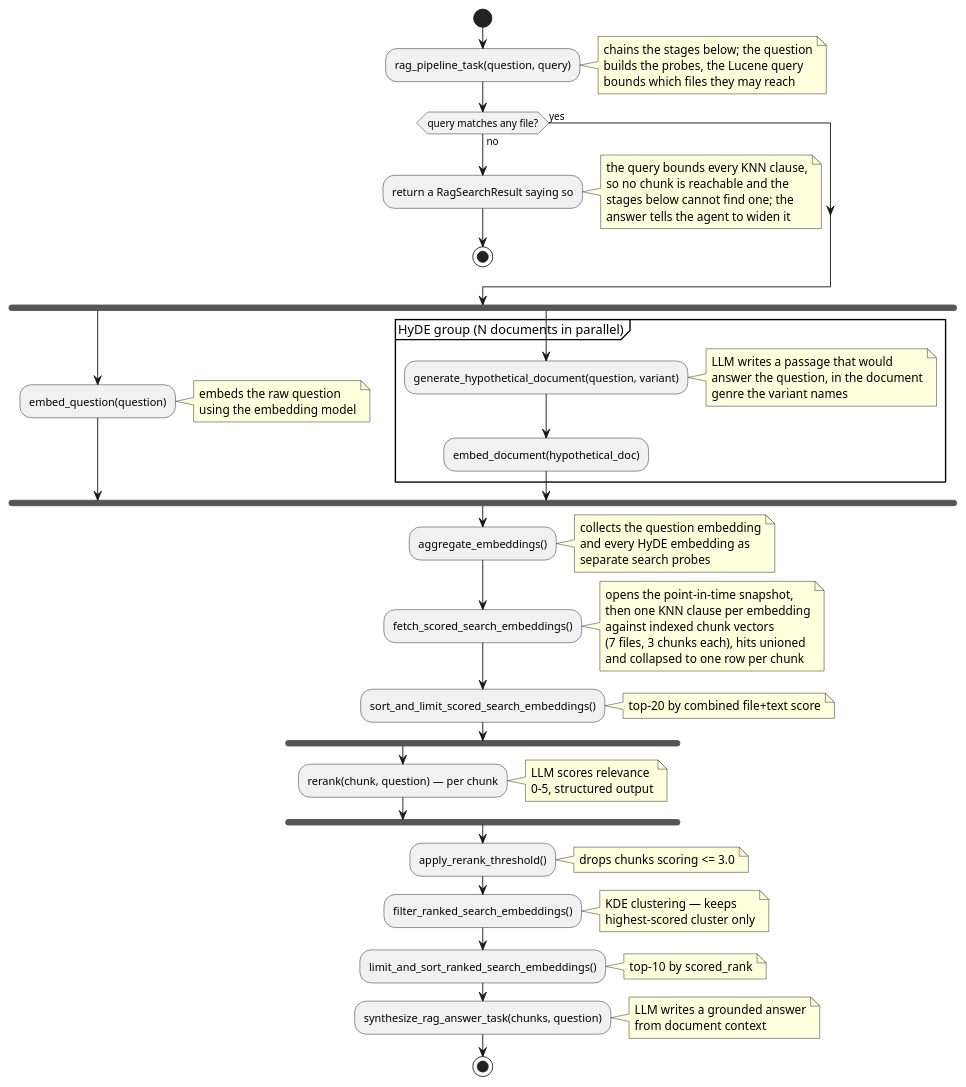
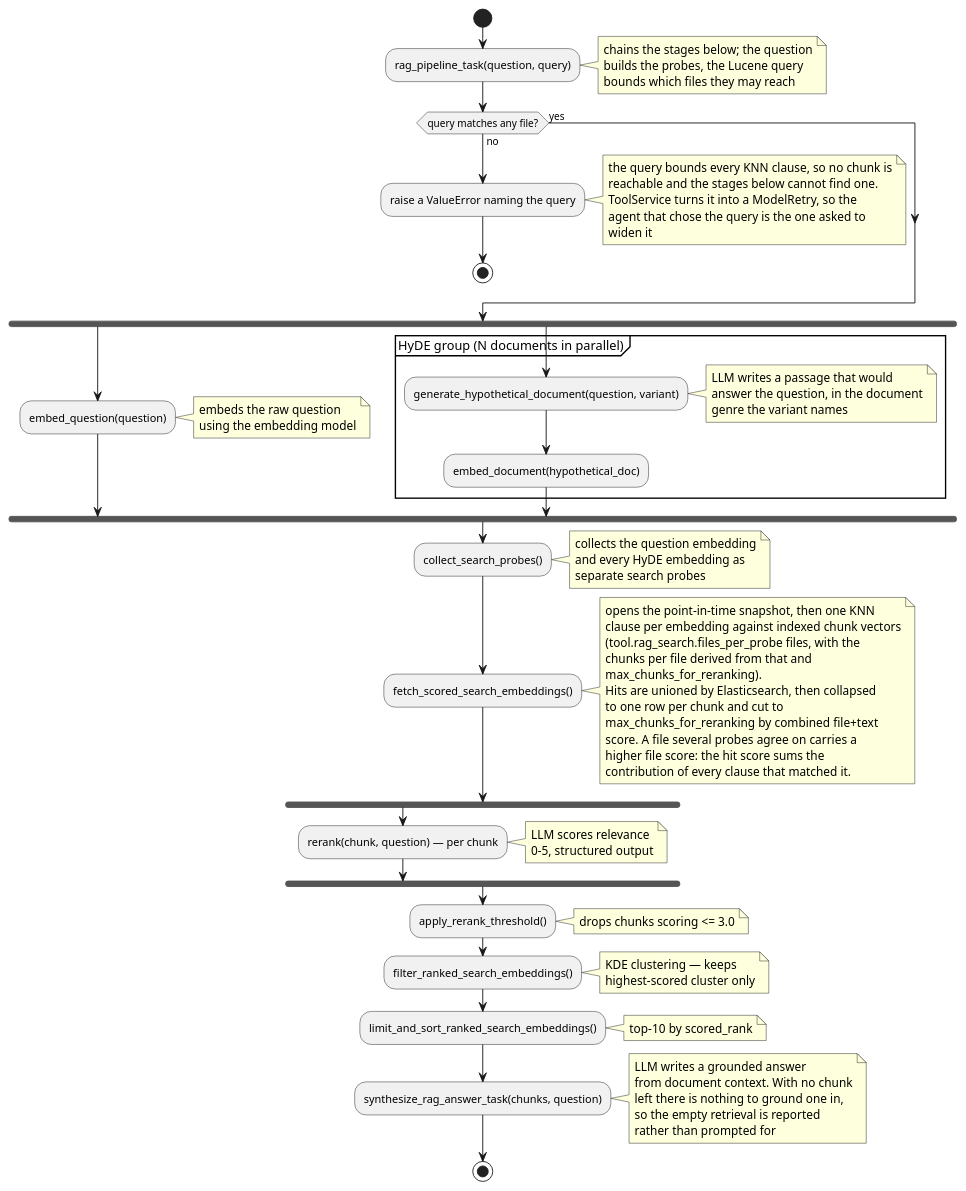
The fourth of 4 diagrams in Documentation/ai.md (Swiss-Armed-Forces/Loom), drawn with PlantUML before and after one commit. The commit also changed other lines of this file and 12 other files, not shown here.

First line of the commit message:
fix(worker): track kNN scores so the RAG dedup keeps the best chunk

````diff
--- a/Documentation/ai.md
+++ b/Documentation/ai.md
@@ -771,54 +779,69 @@
 ```plantuml
 @startuml
 start
 
 :rag_pipeline_task(question, query);
 note right: chains the stages below; the question\nbuilds the probes, the Lucene query\nbounds which files they may reach
 
 if (query matches any file?) then (no)
-  :return a RagSearchResult saying so;
-  note right: the query bounds every KNN clause,\nso no chunk is reachable and the\nstages below cannot find one; the\nanswer tells the agent to widen it
+  :raise a ValueError naming the query;
+  note right
+    the query bounds every KNN clause, so no chunk is
+    reachable and the stages below cannot find one.
+    ToolService turns it into a ModelRetry, so the
+    agent that chose the query is the one asked to
+    widen it
+  end note
   stop
 else (yes)
 endif
 
 fork
   :embed_question(question);
   note right: embeds the raw question\nusing the embedding model
 fork again
   group HyDE group (N documents in parallel) {
     :generate_hypothetical_document(question, variant);
     note right: LLM writes a passage that would\nanswer the question, in the document\ngenre the variant names
     :embed_document(hypothetical_doc);
   }
 end fork
 
-:aggregate_embeddings();
+:collect_search_probes();
 note right: collects the question embedding\nand every HyDE embedding as\nseparate search probes
 
 :fetch_scored_search_embeddings();
-note right: opens the point-in-time snapshot,\nthen one KNN clause per embedding\nagainst indexed chunk vectors\n(7 files, 3 chunks each), hits unioned\nand collapsed to one row per chunk
-
-:sort_and_limit_scored_search_embeddings();
-note right: top-20 by combined file+text score
+note right
+  opens the point-in-time snapshot, then one KNN
+  clause per embedding against indexed chunk vectors
+  (tool.rag_search.files_per_probe files, with the
+  chunks per file derived from that and
+  max_chunks_for_reranking).
+  Hits are unioned by Elasticsearch, then collapsed
+  to one row per chunk and cut to
+  max_chunks_for_reranking by combined file+text
+  score. A file several probes agree on carries a
+  higher file score: the hit score sums the
+  contribution of every clause that matched it.
+end note
 
 fork
   :rerank(chunk, question) — per chunk;
   note right: LLM scores relevance\n0–5, structured output
 end fork
 
 :apply_rerank_threshold();
 note right: drops chunks scoring <= 3.0
 
 :filter_ranked_search_embeddings();
 note right: KDE clustering — keeps\nhighest-scored cluster only
 
 :limit_and_sort_ranked_search_embeddings();
 note right: top-10 by scored_rank
 
 :synthesize_rag_answer_task(chunks, question);
-note right: LLM writes a grounded answer\nfrom document context
+note right: LLM writes a grounded answer\nfrom document context. With no chunk\nleft there is nothing to ground one in,\nso the empty retrieval is reported\nrather than prompted for
 
 stop
 @enduml
 ```
````
